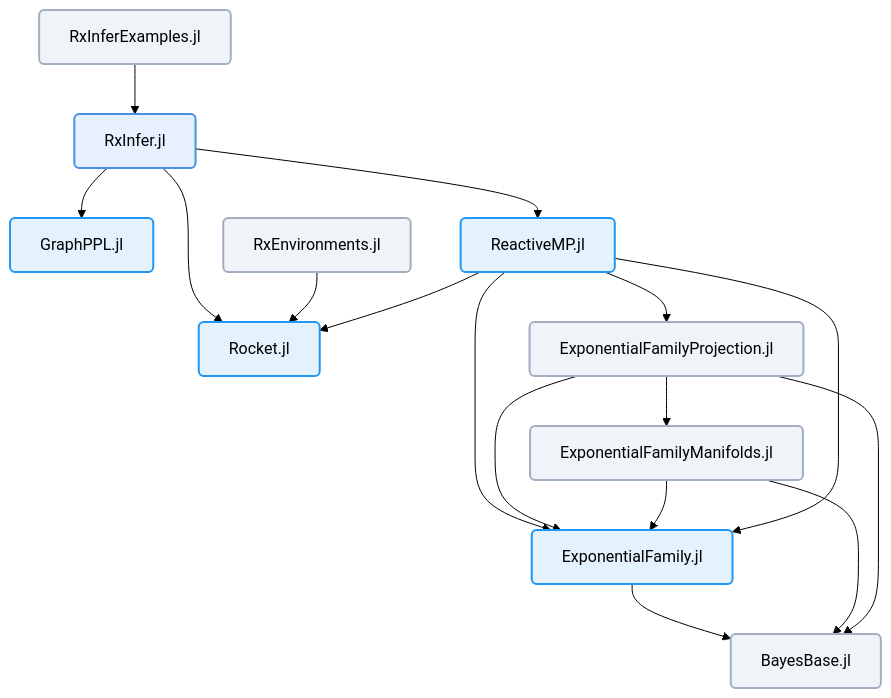
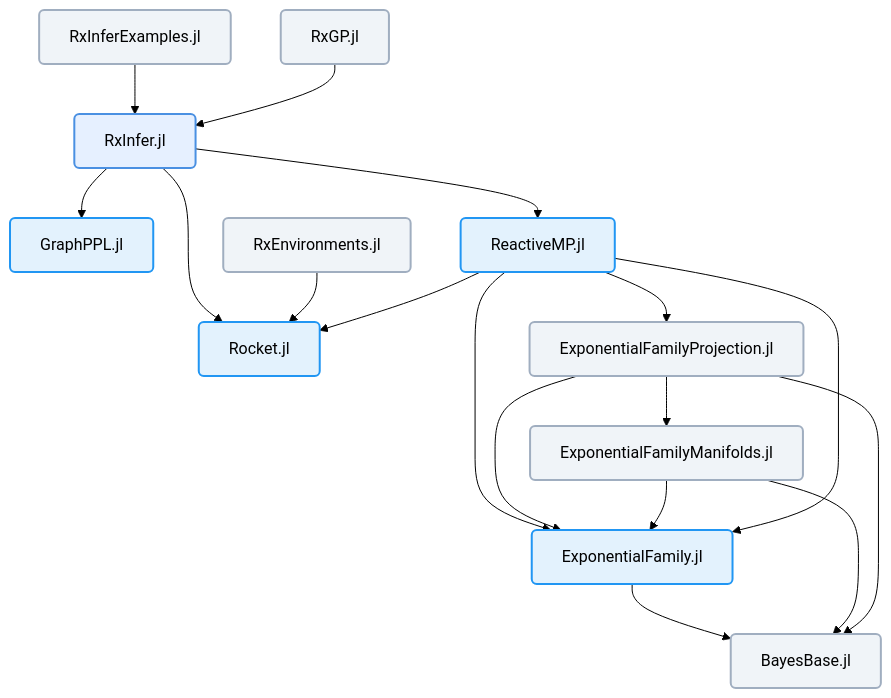
The diagram in profile/README.md (ReactiveBayes/.github), drawn with Mermaid (forest theme) before and after one commit. The commit also changed other lines of this file, not shown here.

Commit message:
add RxGP to README

````diff
--- a/profile/README.md
+++ b/profile/README.md
@@ -7,46 +7,48 @@
 ```mermaid 
 graph TD
     %% Node definitions
     RxInfer["RxInfer.jl"]
     RxInferExamples["RxInferExamples.jl"]
     GraphPPL["GraphPPL.jl"]
     ReactiveMP["ReactiveMP.jl"]
     Rocket["Rocket.jl"]
     RxEnvironments["RxEnvironments.jl"]
     ExponentialFamily["ExponentialFamily.jl"]
     ExponentialFamilyProjection["ExponentialFamilyProjection.jl"]
     ExponentialFamilyManifolds["ExponentialFamilyManifolds.jl"]
     BayesBase["BayesBase.jl"]
+    RxGP["RxGP.jl"]
 
     %% Connections
     RxInfer --> GraphPPL
     RxInfer --> ReactiveMP
     RxInfer --> Rocket
 
     RxEnvironments --> Rocket
 
     RxInferExamples --> RxInfer
+    RxGP --> RxInfer
     
     ReactiveMP --> ExponentialFamily
     ReactiveMP --> ExponentialFamilyProjection
     ReactiveMP --> Rocket
     
     ExponentialFamilyProjection --> ExponentialFamilyManifolds
     ExponentialFamilyProjection --> ExponentialFamily
     ExponentialFamilyManifolds --> ExponentialFamily
     
     ReactiveMP --> ExponentialFamily
     
     ExponentialFamily --> BayesBase
     ExponentialFamilyManifolds --> BayesBase
     ExponentialFamilyProjection --> BayesBase
 
     %% Node styling
     classDef default fill:#f0f4f8,stroke:#a0aec0,stroke-width:2px,rx:5px,text-decoration:none,color:#000;
     classDef rxi fill:#e6f0ff,stroke:#4a90e2,stroke-width:2px,rx:5px,text-decoration:none,color:#000;
     classDef core fill:#e3f2fd,stroke:#2196f3,stroke-width:2px,rx:5px,text-decoration:none,color:#000;
     
     %% Apply core styling to main packages
     class ReactiveMP,GraphPPL,Rocket,ExponentialFamily core;
     class RxInfer rxi;
 ```
````
